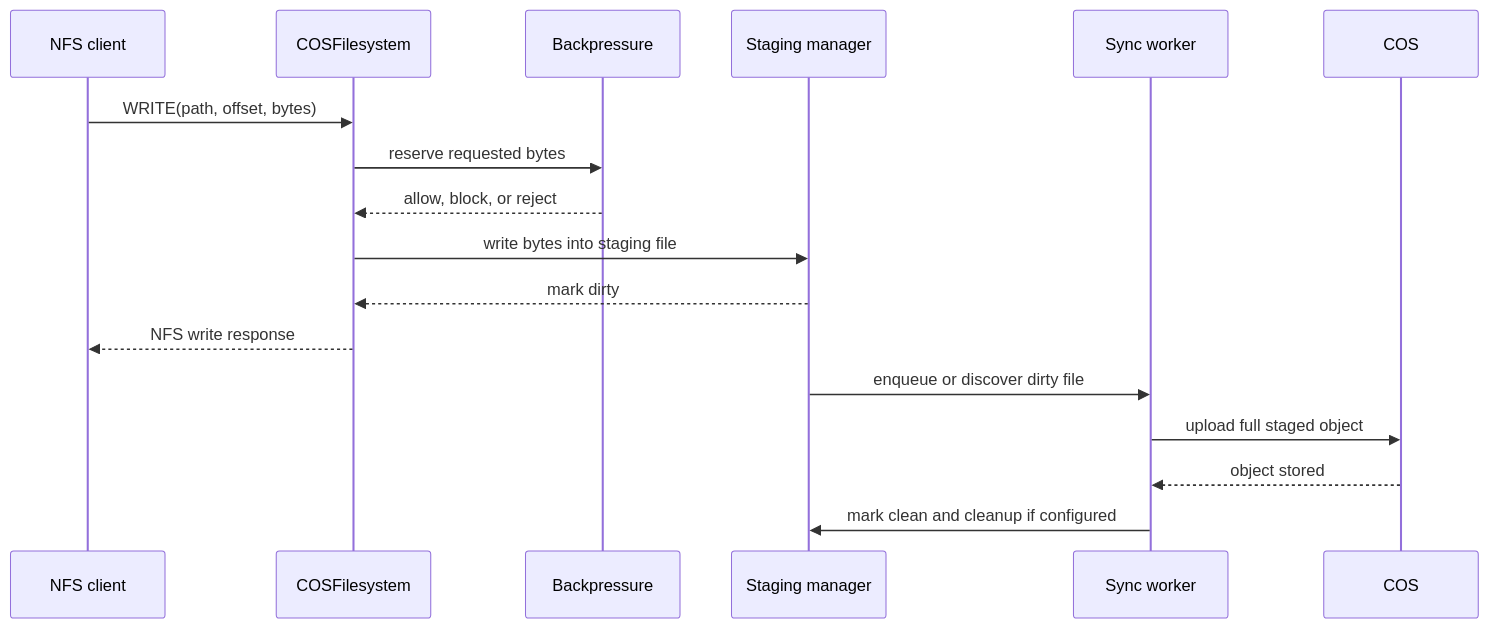
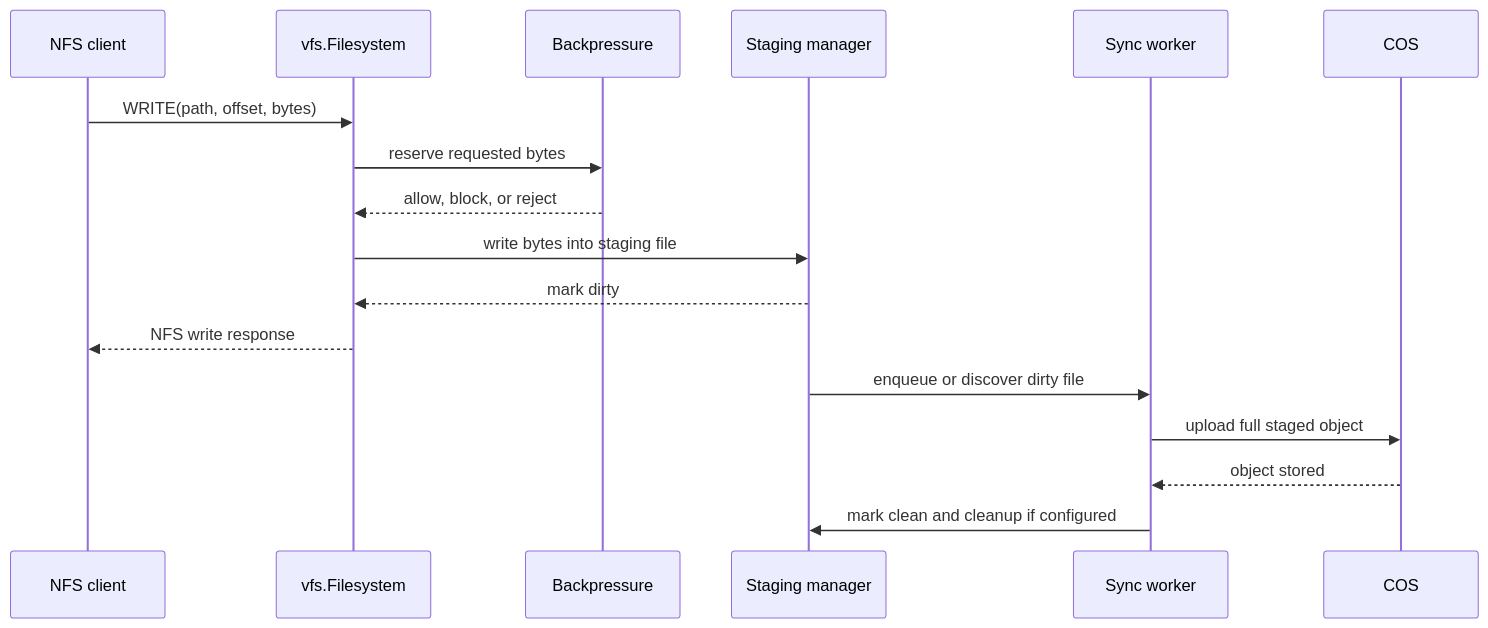
The second of 2 diagrams in ARCHITECTURE.md (oborges/bluestone), drawn with Mermaid before and after one commit. The commit also changed other lines of this file and 15 other files, not shown here.

First line of the commit message:
Extract the shared filesystem layer into internal/vfs

````diff
--- a/ARCHITECTURE.md
+++ b/ARCHITECTURE.md
@@ -97,20 +97,20 @@
 ```mermaid
 sequenceDiagram
     participant C as NFS client
-    participant F as COSFilesystem
+    participant F as vfs.Filesystem
     participant B as Backpressure
     participant S as Staging manager
     participant W as Sync worker
     participant O as COS
 
     C->>F: WRITE(path, offset, bytes)
     F->>B: reserve requested bytes
     B-->>F: allow, block, or reject
     F->>S: write bytes into staging file
     S-->>F: mark dirty
     F-->>C: NFS write response
     S->>W: enqueue or discover dirty file
     W->>O: upload full staged object
     O-->>W: object stored
     W->>S: mark clean and cleanup if configured
 ```
````
